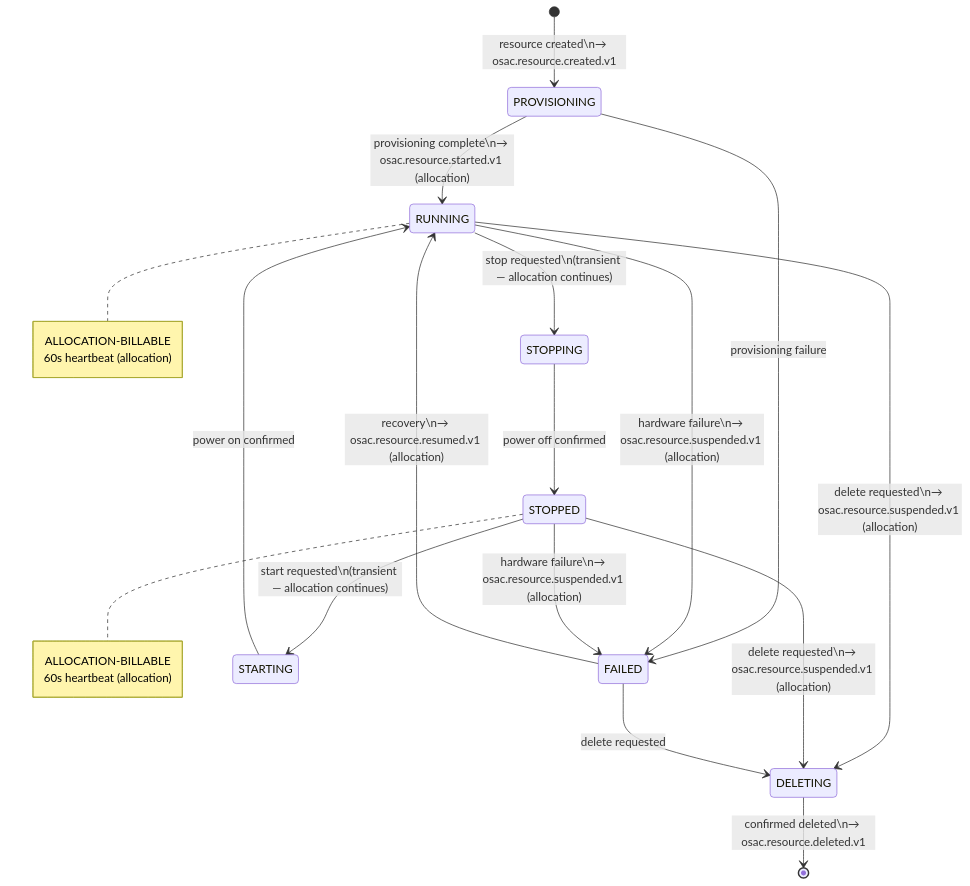
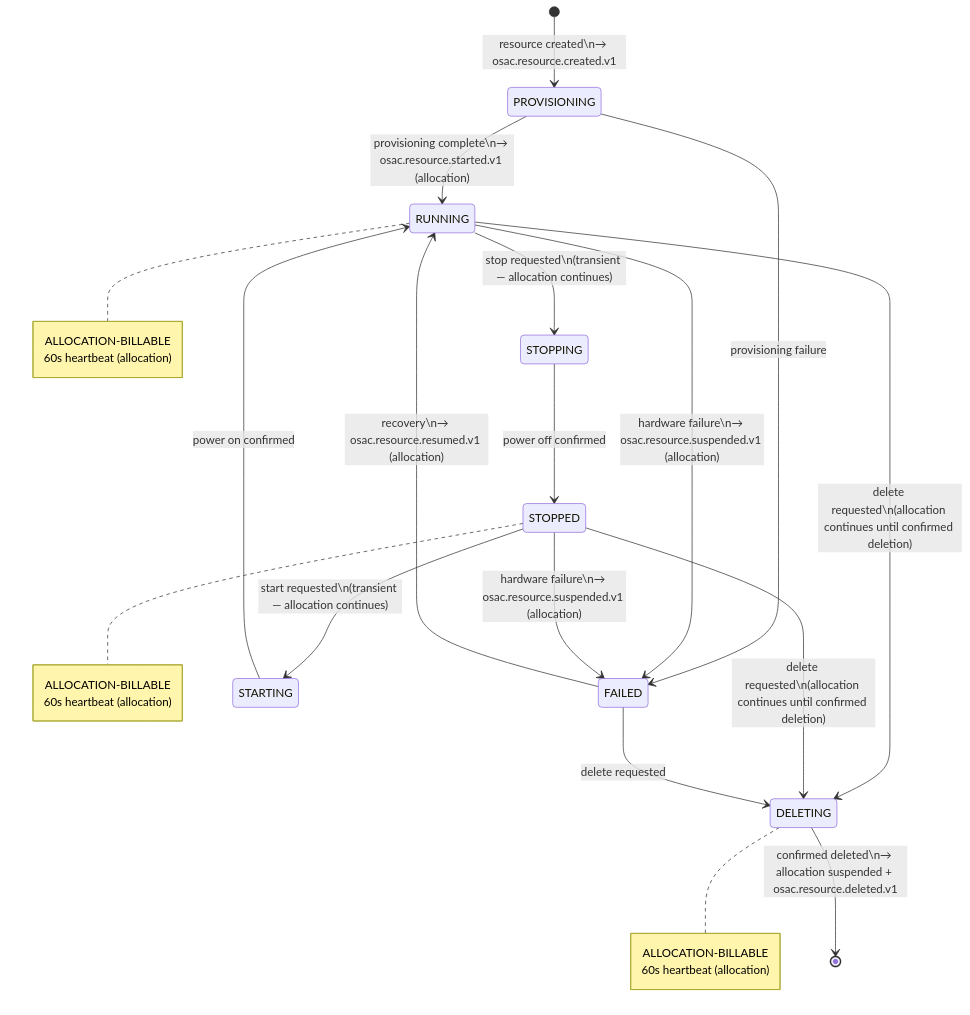
The second of 3 diagrams in enhancements/OSAC-2506-metering-bmaas/design.md (osac-project/enhancement-proposals), drawn with Mermaid before and after one commit. The commit also changed other lines of this file, not shown here.

Commit message:
OSAC-2506: bill through deletion

````diff
--- a/enhancements/OSAC-2506-metering-bmaas/design.md
+++ b/enhancements/OSAC-2506-metering-bmaas/design.md
@@ -370,34 +374,39 @@
 ```mermaid
 stateDiagram-v2
     [*] --> PROVISIONING : resource created\n→ osac.resource.created.v1
 
     PROVISIONING --> RUNNING : provisioning complete\n→ osac.resource.started.v1 (allocation)
     PROVISIONING --> FAILED : provisioning failure
 
     RUNNING --> STOPPING : stop requested\n(transient — allocation continues)
     RUNNING --> FAILED : hardware failure\n→ osac.resource.suspended.v1 (allocation)
-    RUNNING --> DELETING : delete requested\n→ osac.resource.suspended.v1 (allocation)
+    RUNNING --> DELETING : delete requested\n(allocation continues until confirmed deletion)
 
     note right of RUNNING
         ALLOCATION-BILLABLE
         60s heartbeat (allocation)
     end note
 
     STOPPING --> STOPPED : power off confirmed
 
     note right of STOPPED
         ALLOCATION-BILLABLE
         60s heartbeat (allocation)
     end note
 
     STOPPED --> STARTING : start requested\n(transient — allocation continues)
     STOPPED --> FAILED : hardware failure\n→ osac.resource.suspended.v1 (allocation)
-    STOPPED --> DELETING : delete requested\n→ osac.resource.suspended.v1 (allocation)
+    STOPPED --> DELETING : delete requested\n(allocation continues until confirmed deletion)
 
     STARTING --> RUNNING : power on confirmed
 
     FAILED --> RUNNING : recovery\n→ osac.resource.resumed.v1 (allocation)
     FAILED --> DELETING : delete requested
 
-    DELETING --> [*] : confirmed deleted\n→ osac.resource.deleted.v1
+    note right of DELETING
+        ALLOCATION-BILLABLE
+        60s heartbeat (allocation)
+    end note
+
+    DELETING --> [*] : confirmed deleted\n→ allocation suspended + osac.resource.deleted.v1
 ```
````
